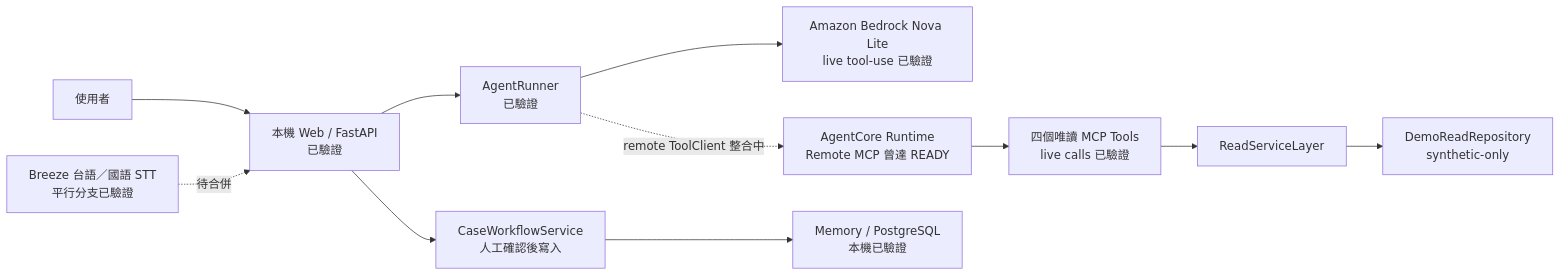
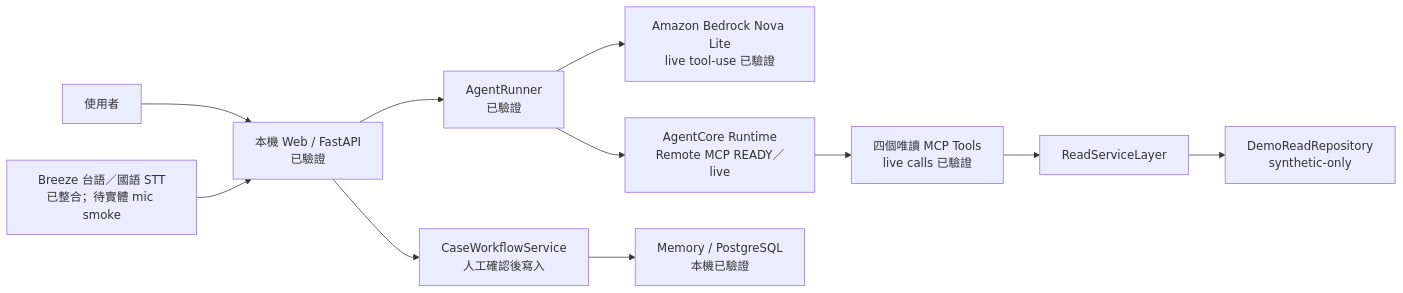
The second of 4 diagrams in docs/architecture.md (spicyhoney/nw_p), drawn with Mermaid before and after one commit. The commit also changed other lines of this file and 4 other files, not shown here.

Commit message:
docs: finalize demo architecture and access requirements

````diff
--- a/docs/architecture.md
+++ b/docs/architecture.md
@@ -75,13 +75,13 @@
 ```mermaid
 flowchart LR
     User["使用者"] --> Web["本機 Web / FastAPI<br/>已驗證"]
     Web --> Agent["AgentRunner<br/>已驗證"]
     Agent --> Bedrock["Amazon Bedrock Nova Lite<br/>live tool-use 已驗證"]
-    Agent -. "remote ToolClient 整合中" .-> Runtime["AgentCore Runtime<br/>Remote MCP 曾達 READY"]
+    Agent --> Runtime["AgentCore Runtime<br/>Remote MCP READY／live"]
     Runtime --> Tools["四個唯讀 MCP Tools<br/>live calls 已驗證"]
     Tools --> Service["ReadServiceLayer"]
     Service --> DemoRepo["DemoReadRepository<br/>synthetic-only"]
-    Voice["Breeze 台語／國語 STT<br/>平行分支已驗證"] -. "待合併" .-> Web
+    Voice["Breeze 台語／國語 STT<br/>已整合；待實體 mic smoke"] --> Web
     Web --> Case["CaseWorkflowService<br/>人工確認後寫入"]
     Case --> CaseRepo["Memory / PostgreSQL<br/>本機已驗證"]
 ```
````
